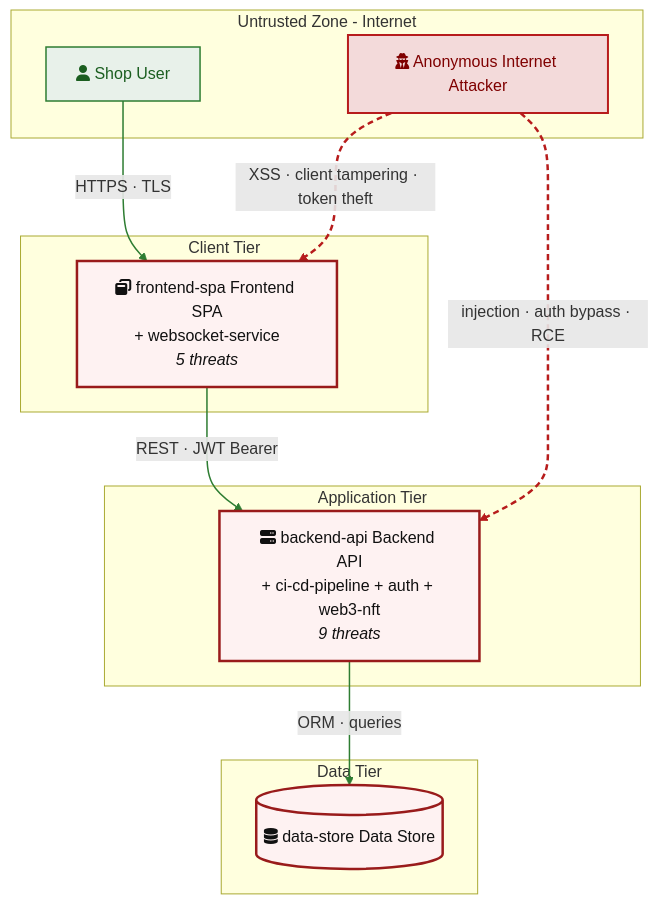
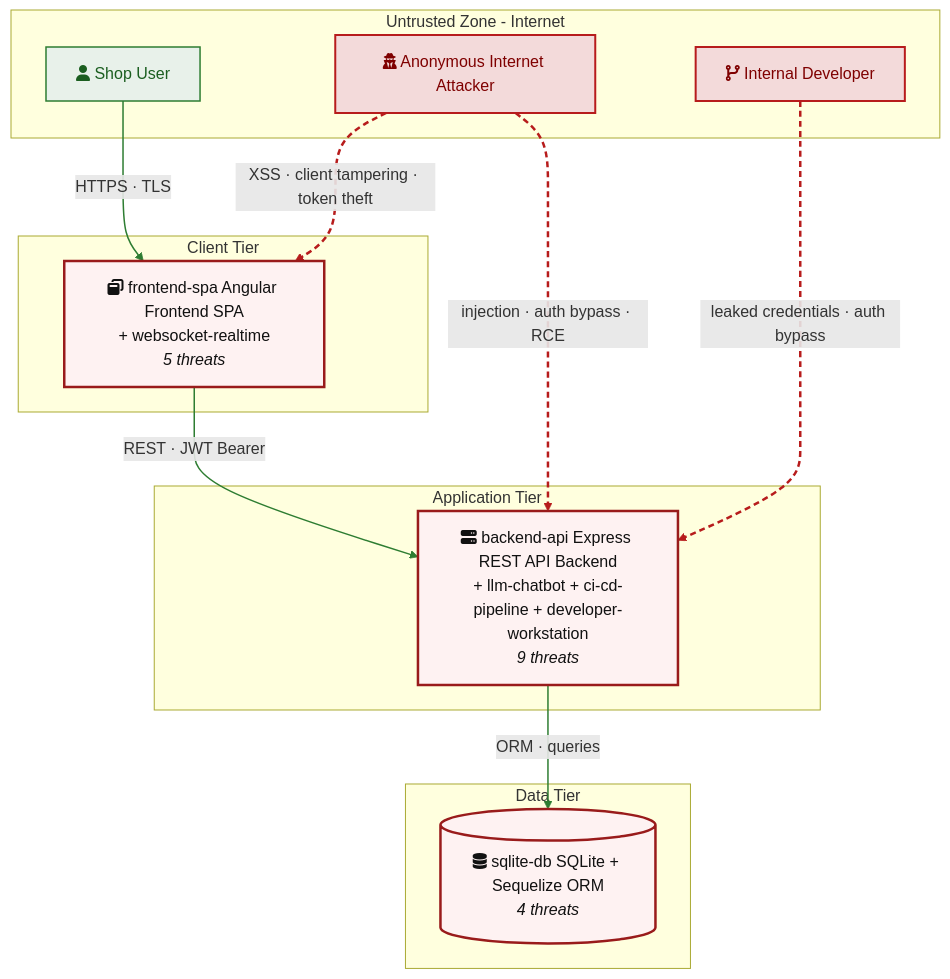
The fourth of 5 diagrams in examples/threat-modeler/threat-model-juice-shop-quick.md (appsec-foundry/appsec-advisor), drawn with Mermaid before and after one commit. The commit also changed other lines of this file and 7 other files, not shown here.

````diff
--- a/examples/threat-modeler/threat-model-juice-shop-quick.md
+++ b/examples/threat-modeler/threat-model-juice-shop-quick.md
@@ -411,28 +305,30 @@
 ```mermaid
 flowchart TD
     subgraph EXT["Untrusted Zone - Internet"]
         INTERNET_ANON["fa:fa-user-secret Anonymous Internet Attacker"]:::threat
         VICTIM_REQUIRED["fa:fa-user Shop User"]:::legit
+        REPO_READ["fa:fa-code-branch Internal Developer"]:::threat
     end
     subgraph CLIENT["Client Tier"]
-        frontend_spa["fa:fa-window-restore frontend-spa Frontend SPA<br/>+ websocket-service<br/><i>5 threats</i>"]:::risk
+        frontend_spa["fa:fa-window-restore frontend-spa Angular Frontend SPA<br/>+ websocket-realtime<br/><i>5 threats</i>"]:::risk
     end
     subgraph APP["Application Tier"]
-        backend_api["fa:fa-server backend-api Backend API<br/>+ ci-cd-pipeline + auth + web3-nft<br/><i>9 threats</i>"]:::risk
+        backend_api["fa:fa-server backend-api Express REST API Backend<br/>+ llm-chatbot + ci-cd-pipeline + developer-workstation<br/><i>9 threats</i>"]:::risk
     end
     subgraph DATA["Data Tier"]
-        data_store[("fa:fa-database data-store Data Store")]:::risk
+        sqlite_db[("fa:fa-database sqlite-db SQLite + Sequelize ORM<br/><i>4 threats</i>")]:::risk
     end
     VICTIM_REQUIRED -->|"HTTPS · TLS"| frontend_spa
     frontend_spa -->|"REST · JWT Bearer"| backend_api
-    backend_api -->|"ORM · queries"| data_store
+    backend_api -->|"ORM · queries"| sqlite_db
     INTERNET_ANON -.->|"injection · auth bypass · RCE"| backend_api
     INTERNET_ANON -.->|"XSS · client tampering · token theft"| frontend_spa
+    REPO_READ -.->|"leaked credentials · auth bypass"| backend_api
 
     classDef legit fill:#e8f1ea,stroke:#2e7d32,color:#1b5e20,stroke-width:1.5px
     classDef threat fill:#f3dada,stroke:#b71c1c,color:#7f0000,stroke-width:2px
     classDef external fill:#f2f2f2,stroke:#424242,color:#212121,stroke-width:1.5px
     classDef risk fill:#fef2f2,stroke:#991b1b,color:#111,stroke-width:2.5px
     linkStyle 0,1,2 stroke:#2e7d32,stroke-width:1.5px
-    linkStyle 3,4 stroke:#b71c1c,stroke-width:2.5px,stroke-dasharray:6 4
+    linkStyle 3,4,5 stroke:#b71c1c,stroke-width:2.5px,stroke-dasharray:6 4
 ```
````
